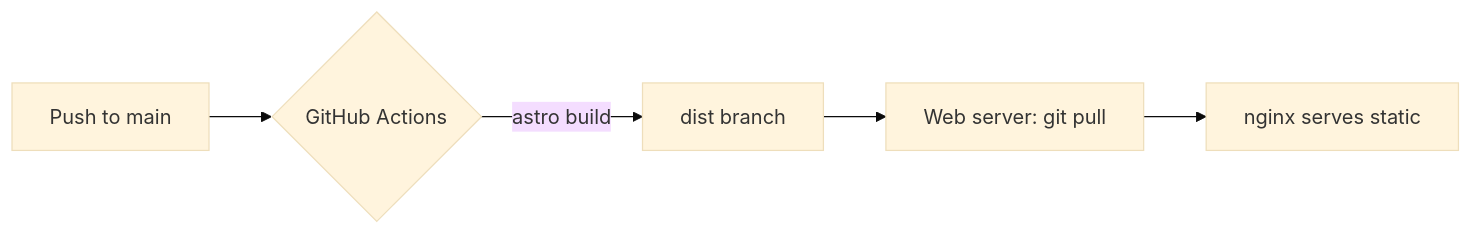
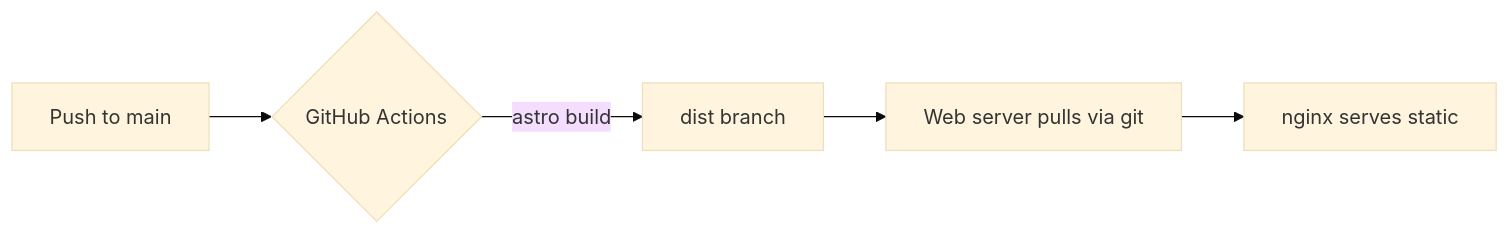
The first of 2 diagrams in src/content/blog/mermaid-test/en.md (eskopp/AstroBlog), drawn with Mermaid (base theme) before and after one commit. The commit also changed 6 other files, not shown here.

Commit message:
Long-form 'how this blog works' post (DE+EN), fix Mermaid flowchart syntax (quote labels), light mode default (theme v0.2.23)

````diff
--- a/src/content/blog/mermaid-test/en.md
+++ b/src/content/blog/mermaid-test/en.md
@@ -14,7 +14,7 @@
 ```mermaid
 flowchart LR
-    A[Push to main] --> B{GitHub Actions}
-    B -->|astro build| C[dist branch]
-    C --> D[Web server: git pull]
-    D --> E[nginx serves static]
+    A["Push to main"] --> B{"GitHub Actions"}
+    B -->|"astro build"| C["dist branch"]
+    C --> D["Web server pulls via git"]
+    D --> E["nginx serves static"]
 ```
````
